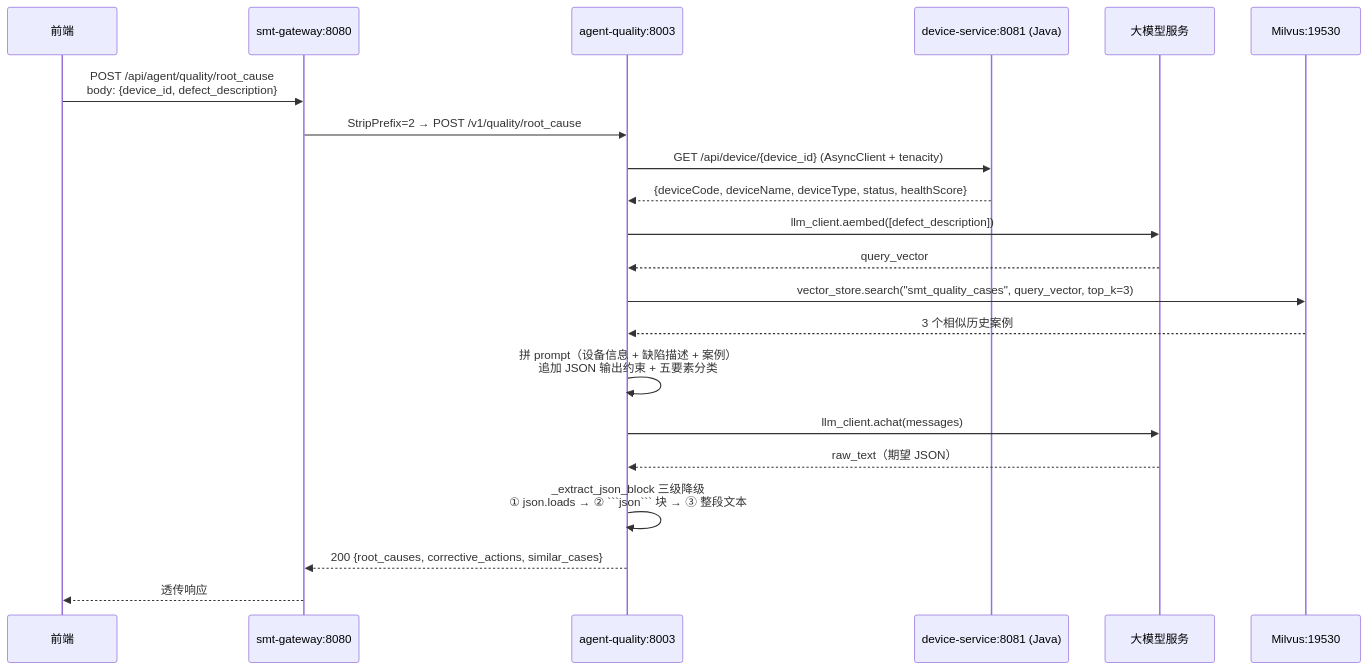
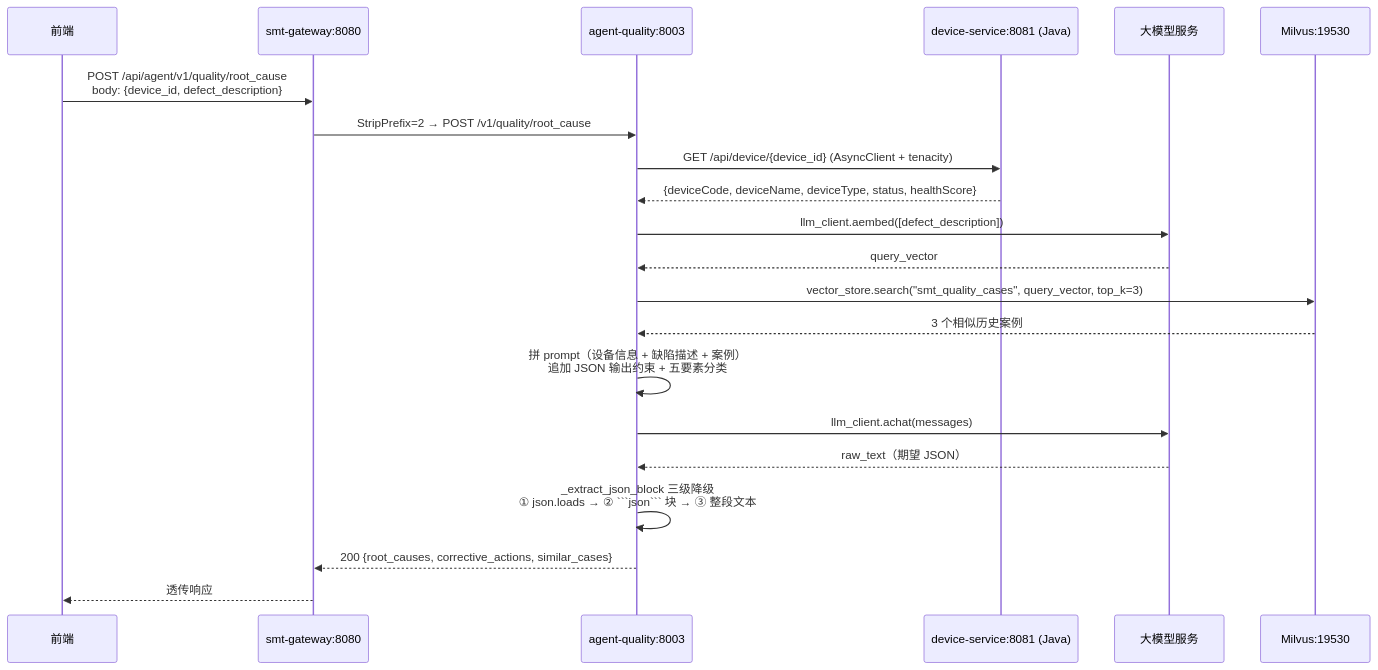
One commit to north30-dev/smt-agent-platform changed the third of 7 diagrams in docs/explaination/project-explanation-phase3.md. Above: the diagram before and after it, drawn with Mermaid. The commit also changed other lines of this file and 46 other files, not shown here.

````diff
--- a/docs/explaination/project-explanation-phase3.md
+++ b/docs/explaination/project-explanation-phase3.md
@@ -303,24 +304,24 @@
 ```mermaid
 sequenceDiagram
     participant FE as 前端
     participant GW as smt-gateway:8080
     participant AQ as agent-quality:8003
     participant DS as device-service:8081 (Java)
     participant LLM as 大模型服务
     participant Mil as Milvus:19530
 
-    FE->>GW: POST /api/agent/quality/root_cause<br/>body: {device_id, defect_description}
+    FE->>GW: POST /api/agent/v1/quality/root_cause<br/>body: {device_id, defect_description}
     GW->>AQ: StripPrefix=2 → POST /v1/quality/root_cause
     AQ->>DS: GET /api/device/{device_id} (AsyncClient + tenacity)
     DS-->>AQ: {deviceCode, deviceName, deviceType, status, healthScore}
     AQ->>LLM: llm_client.aembed([defect_description])
     LLM-->>AQ: query_vector
     AQ->>Mil: vector_store.search("smt_quality_cases", query_vector, top_k=3)
     Mil-->>AQ: 3 个相似历史案例
     AQ->>AQ: 拼 prompt（设备信息 + 缺陷描述 + 案例）<br/>追加 JSON 输出约束 + 五要素分类
     AQ->>LLM: llm_client.achat(messages)
     LLM-->>AQ: raw_text（期望 JSON）
     AQ->>AQ: _extract_json_block 三级降级<br/>① json.loads → ② ```json``` 块 → ③ 整段文本
     AQ-->>GW: 200 {root_causes, corrective_actions, similar_cases}
     GW-->>FE: 透传响应
 ```
````
